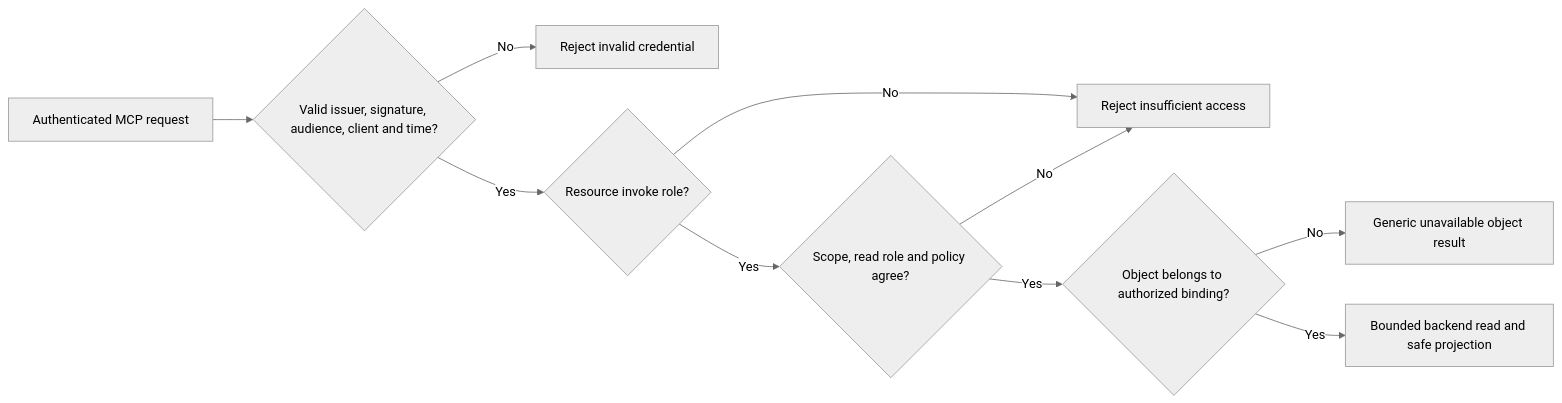
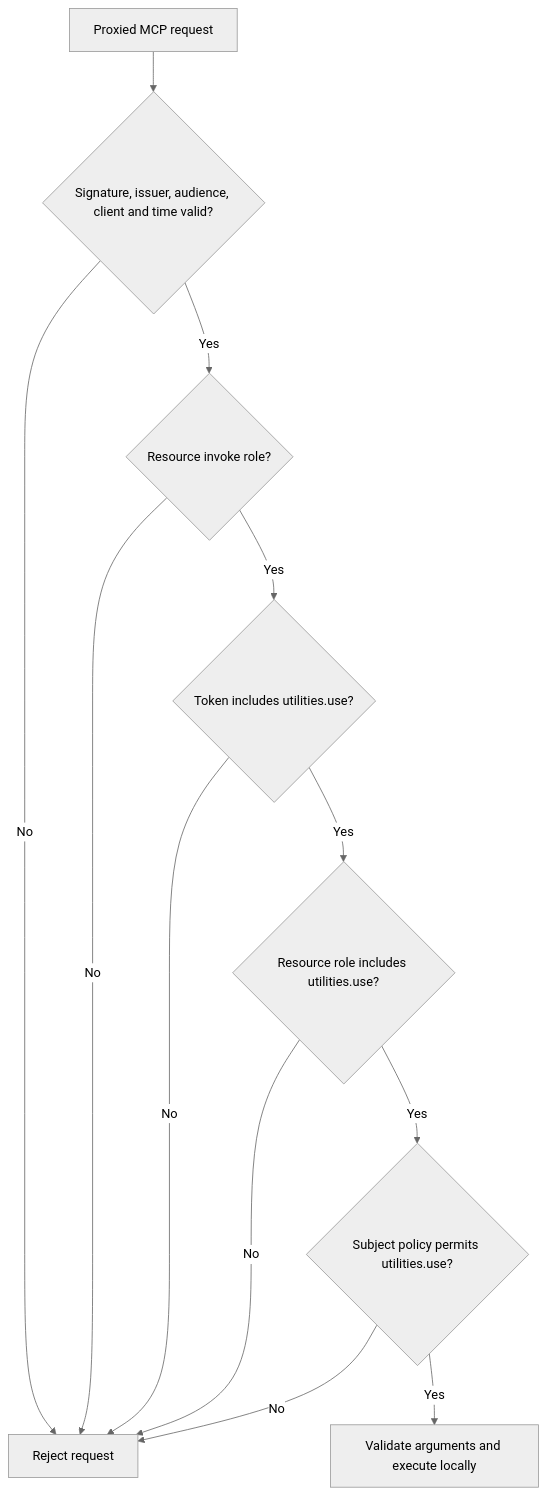
The first of 2 diagrams in docs/mcp.md (cdot65/prisma-airs-reference-architecture), drawn with Mermaid (neutral theme) before and after one commit. The commit also changed other lines of this file and 20 other files, not shown here.

````diff
--- a/docs/mcp.md
+++ b/docs/mcp.md
@@ -26,14 +30,16 @@
 ```mermaid
-flowchart LR
-    accTitle: MCP authorization intersection
-    accDescr: The server requires a valid resource token, invoke role, matching scope and read role, and explicit subject resource binding before a bounded read.
-    request["Authenticated MCP request"] --> token{"Valid issuer, signature, audience, client and time?"}
-    token -->|"No"| unauthorized["Reject invalid credential"]
+flowchart TD
+    accTitle: Utility tool authorization on mcp server 1
+    accDescr: A valid upstream JWT, allowed gateway client, invoke role, utilities use token scope, matching resource role and explicit subject binding are all required before local execution.
+    request["Proxied MCP request"] --> token{"Signature, issuer, audience, client and time valid?"}
+    token -->|"No"| deny["Reject request"]
     token -->|"Yes"| invoke{"Resource invoke role?"}
-    invoke -->|"No"| forbidden["Reject insufficient access"]
-    invoke -->|"Yes"| grant{"Scope, read role and policy agree?"}
-    grant -->|"No"| forbidden
-    grant -->|"Yes"| binding{"Object belongs to authorized binding?"}
-    binding -->|"No"| hidden["Generic unavailable object result"]
-    binding -->|"Yes"| read["Bounded backend read and safe projection"]
+    invoke -->|"No"| deny
+    invoke -->|"Yes"| scope{"Token includes utilities.use?"}
+    scope -->|"No"| deny
+    scope -->|"Yes"| role{"Resource role includes utilities.use?"}
+    role -->|"No"| deny
+    role -->|"Yes"| binding{"Subject policy permits utilities.use?"}
+    binding -->|"No"| deny
+    binding -->|"Yes"| execute["Validate arguments and execute locally"]
 ```
````
